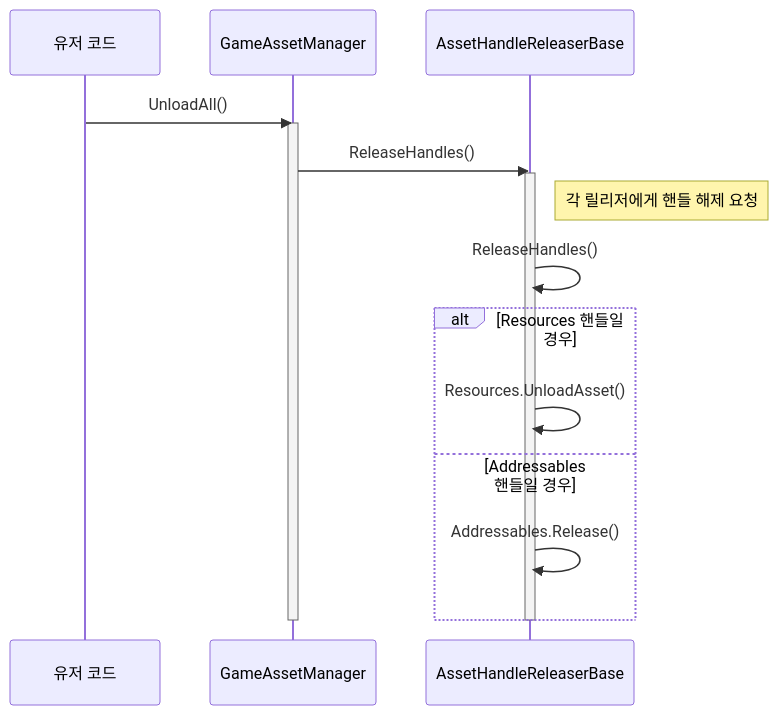
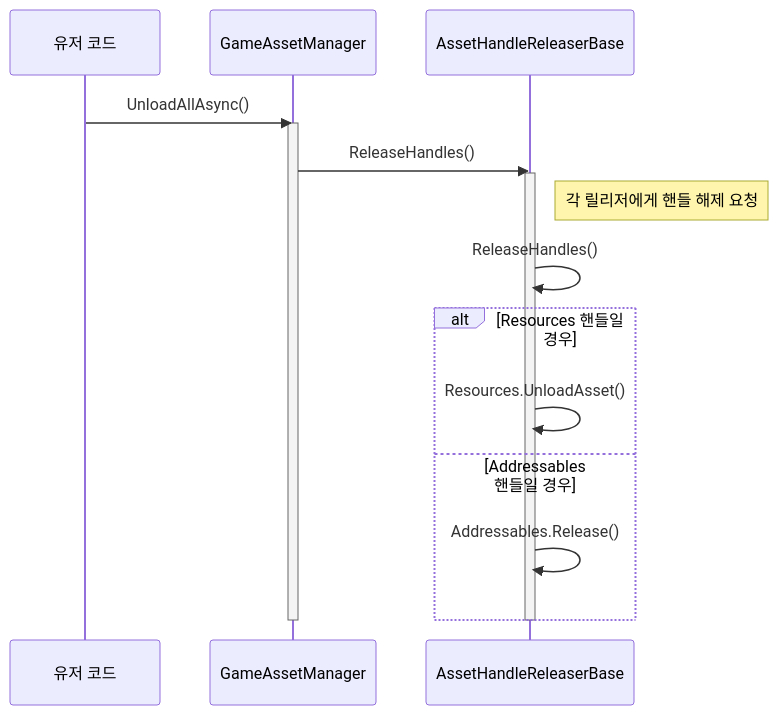
Before and after one commit to kosuchoi/ApeFramework: the second of 3 diagrams in README.md, drawn with Mermaid. The commit also changed other lines of this file, not shown here.

````diff
--- a/README.md
+++ b/README.md
@@ -37,20 +52,20 @@
 ```mermaid
 sequenceDiagram
     participant UserCode as 유저 코드
     participant GameAssetManager
     participant AssetHandleReleaserBase
 
-    UserCode->>GameAssetManager: UnloadAll()
+    UserCode->>GameAssetManager: UnloadAllAsync()
     activate GameAssetManager
     GameAssetManager->>AssetHandleReleaserBase: ReleaseHandles()
     activate AssetHandleReleaserBase
     Note right of AssetHandleReleaserBase: 각 릴리저에게 핸들 해제 요청
     AssetHandleReleaserBase->>AssetHandleReleaserBase: ReleaseHandles()
     alt Resources 핸들일 경우
     AssetHandleReleaserBase->>AssetHandleReleaserBase: Resources.UnloadAsset()
     else Addressables 핸들일 경우
     AssetHandleReleaserBase->>AssetHandleReleaserBase: Addressables.Release()
     end
     deactivate GameAssetManager
     deactivate AssetHandleReleaserBase
 ```
````
